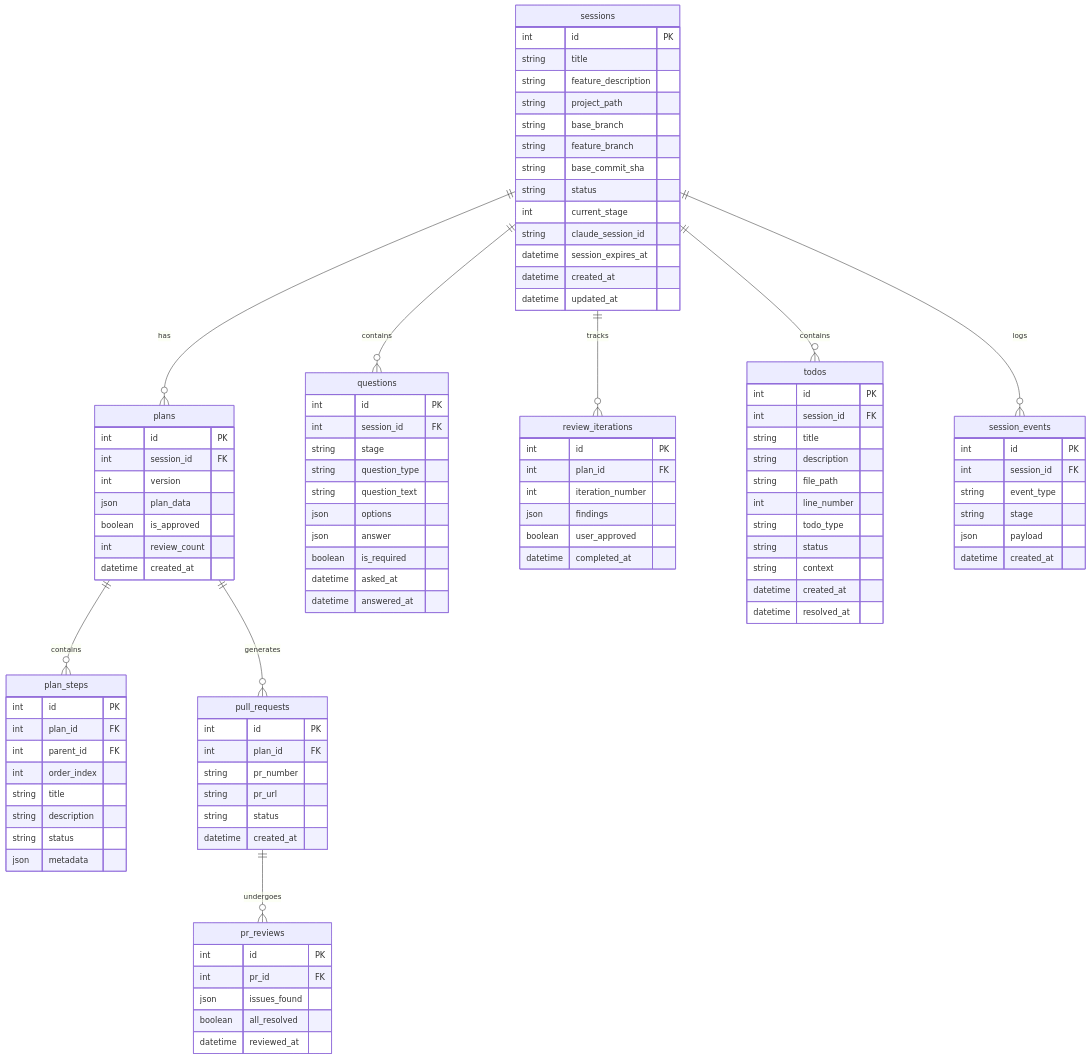
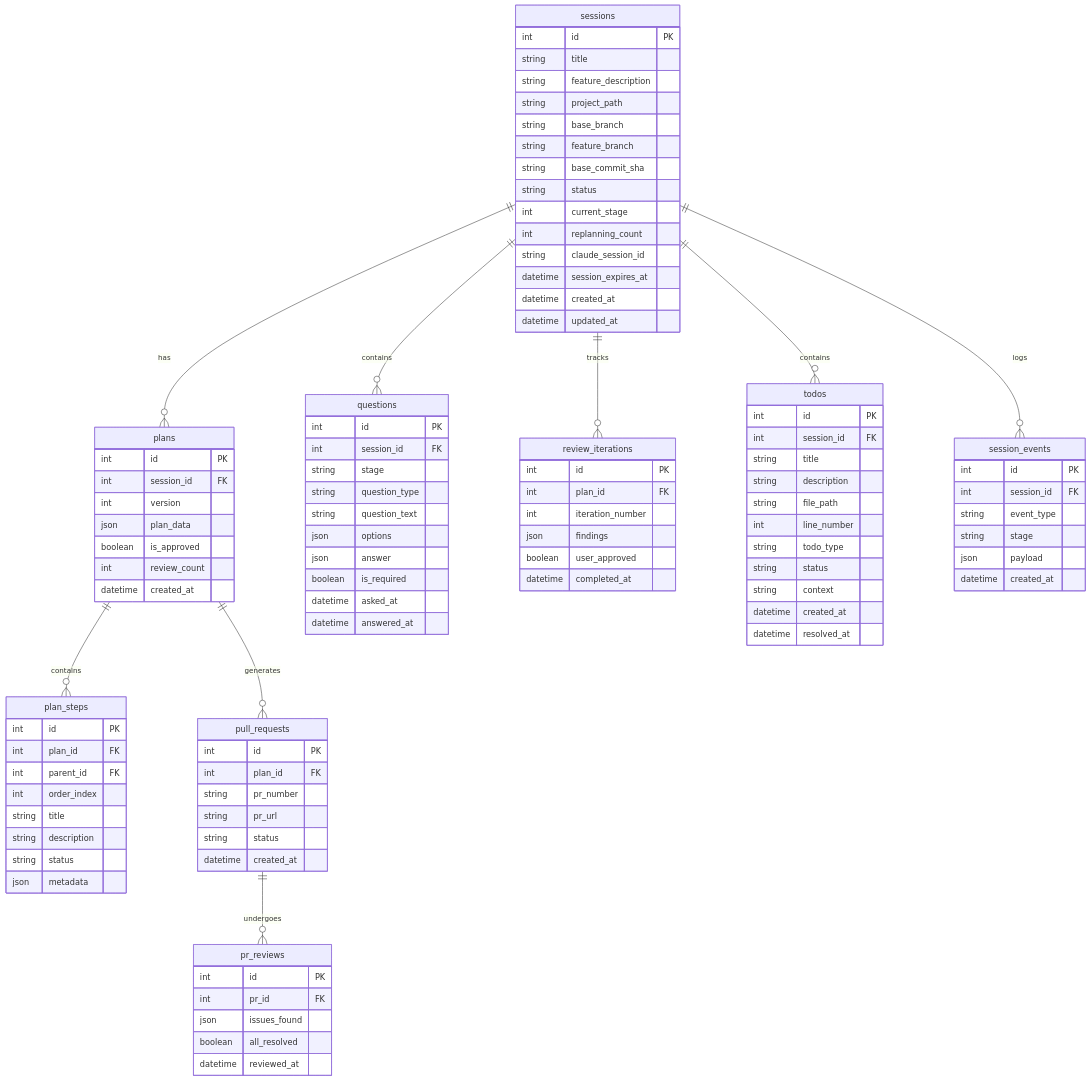
The eighth of 15 diagrams in README.md (clrke/ralph-web), drawn with Mermaid before and after one commit. The commit also changed other lines of this file, not shown here.

```diff
--- a/README.md
+++ b/README.md
@@ -471,6 +506,7 @@
         string base_commit_sha
         string status
         int current_stage
+        int replanning_count
         string claude_session_id
         datetime session_expires_at
         datetime created_at
```
